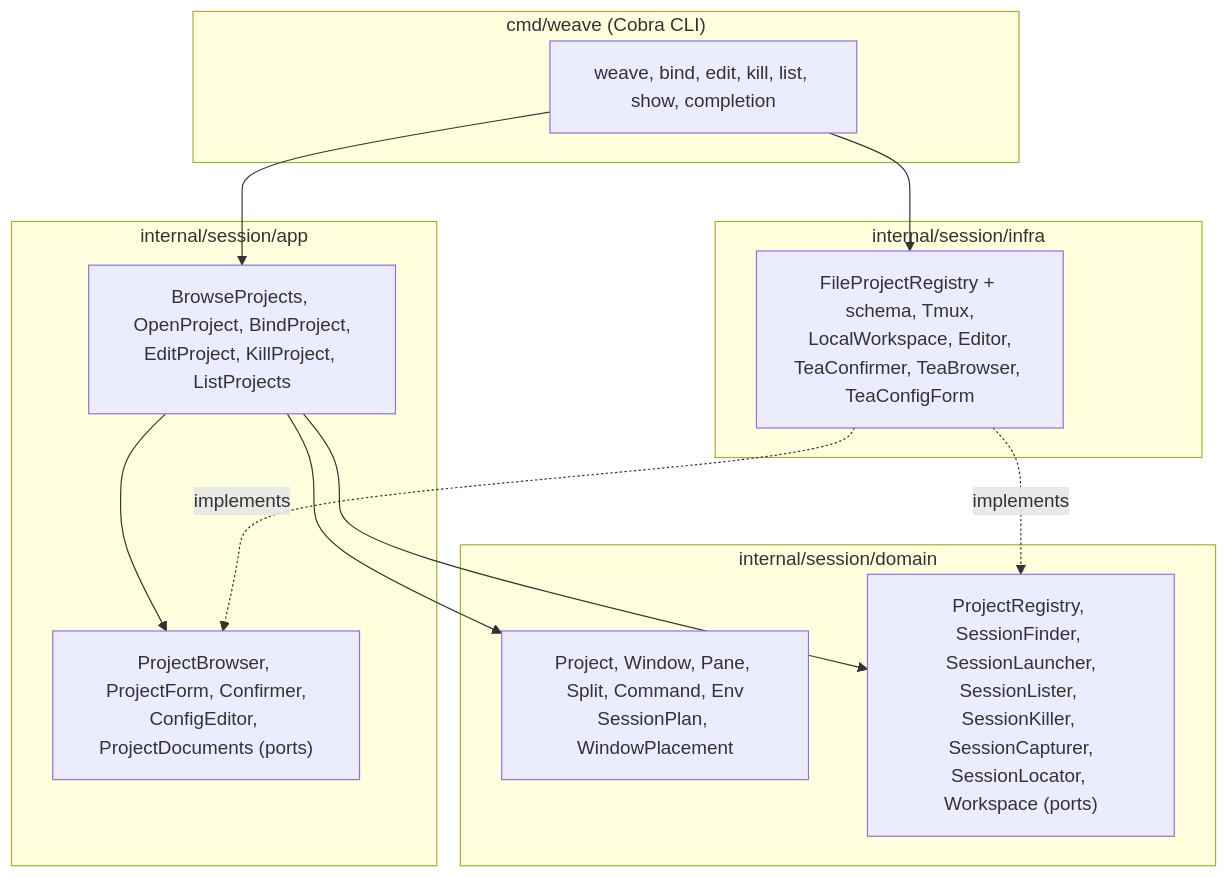
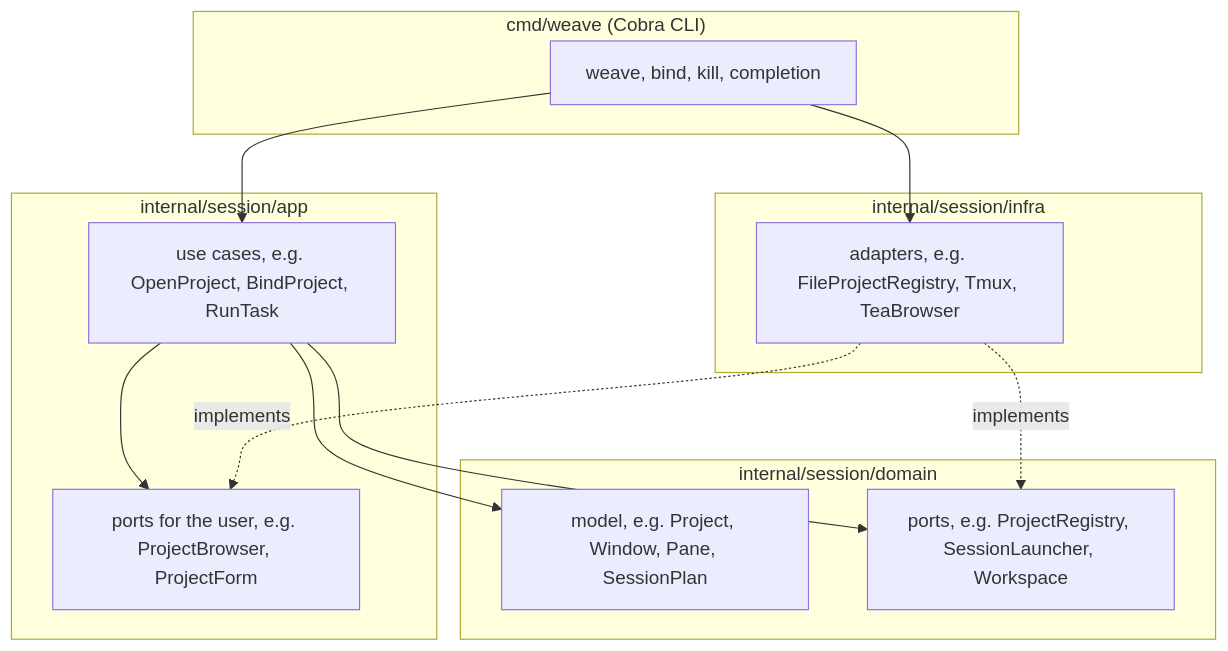
One commit to medilies/weaver changed the diagram in docs/development.md. Above: the diagram before and after it, drawn with Mermaid. The commit also changed other lines of this file and 16 other files, not shown here.

````diff
--- a/docs/development.md
+++ b/docs/development.md
@@ -20,25 +25,25 @@
 ```mermaid
 graph TD
     subgraph cmd["cmd/weave (Cobra CLI)"]
-        CLI["weave, bind, edit, kill, list, show, completion"]
+        CLI["weave, bind, kill, completion"]
     end
     subgraph app["internal/session/app"]
-        UC["BrowseProjects, OpenProject, BindProject,<br/>EditProject, KillProject, ListProjects"]
-        AP["ProjectBrowser, ProjectForm, Confirmer,<br/>ConfigEditor, ProjectDocuments (ports)"]
+        UC["use cases, e.g. OpenProject, BindProject, RunTask"]
+        AP["ports for the user, e.g. ProjectBrowser, ProjectForm"]
     end
     subgraph domain["internal/session/domain"]
-        M["Project, Window, Pane, Split, Command, Env<br/>SessionPlan, WindowPlacement"]
-        DP["ProjectRegistry, SessionFinder, SessionLauncher,<br/>SessionLister, SessionKiller, SessionCapturer,<br/>SessionLocator, Workspace (ports)"]
+        M["model, e.g. Project, Window, Pane, SessionPlan"]
+        DP["ports, e.g. ProjectRegistry, SessionLauncher, Workspace"]
     end
     subgraph infra["internal/session/infra"]
-        A["FileProjectRegistry + schema, Tmux,<br/>LocalWorkspace, Editor,<br/>TeaConfirmer, TeaBrowser, TeaConfigForm"]
+        A["adapters, e.g. FileProjectRegistry, Tmux, TeaBrowser"]
     end
 
     CLI --> UC
     CLI --> A
     UC --> M
     UC --> DP
     UC --> AP
     A -.implements.-> DP
     A -.implements.-> AP
 ```
````
